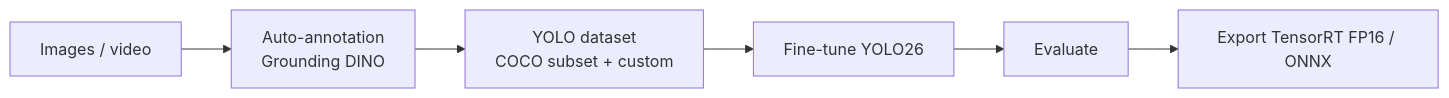
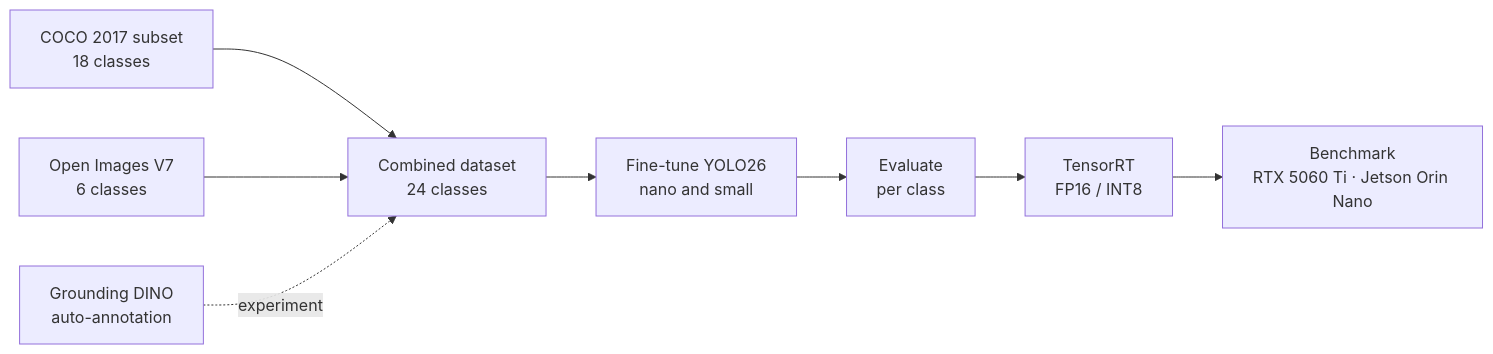
The diagram in README.md (robertteleng/vision-fine-tuning), drawn with Mermaid before and after one commit. The commit also changed other lines of this file and 11 other files, not shown here.

````diff
--- a/README.md
+++ b/README.md
@@ -23,8 +76,10 @@
 ```mermaid
 flowchart LR
-    A[Images / video] --> B[Auto-annotation<br/>Grounding DINO]
-    B --> C[YOLO dataset<br/>COCO subset + custom]
-    C --> D[Fine-tune YOLO26]
-    D --> E[Evaluate]
-    E --> F[Export TensorRT FP16 / ONNX]
+    A[COCO 2017 subset<br/>18 classes] --> C[Combined dataset<br/>24 classes]
+    B[Open Images V7<br/>6 classes] --> C
+    G[Grounding DINO<br/>auto-annotation] -.experiment.-> C
+    C --> D[Fine-tune YOLO26<br/>nano and small]
+    D --> E[Evaluate<br/>per class]
+    E --> F[TensorRT<br/>FP16 / INT8]
+    F --> H[Benchmark<br/>RTX 5060 Ti · Jetson Orin Nano]
 ```
````
